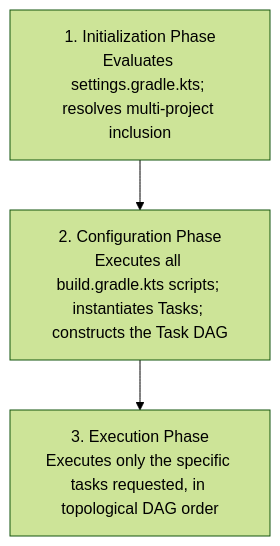
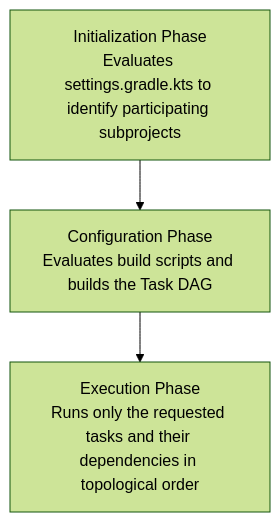
Before and after one commit to ravishankar2463/java_hub: the third of 5 diagrams in content/roadmap/level-8/build-tools.md, drawn with Mermaid (forest theme). The commit also changed other lines of this file and 119 other files, not shown here.

Commit message:
feat: add comprehensive java learning roadmap content across multiple levels

````diff
--- a/content/roadmap/level-8/build-tools.md
+++ b/content/roadmap/level-8/build-tools.md
@@ -102,6 +193,8 @@
 ```mermaid
 flowchart TD
-    Phase1["1. Initialization Phase<br/>Evaluates settings.gradle.kts; resolves multi-project inclusion"] --> Phase2
-    Phase2["2. Configuration Phase<br/>Executes all build.gradle.kts scripts; instantiates Tasks; constructs the Task DAG"] --> Phase3
-    Phase3["3. Execution Phase<br/>Executes only the specific tasks requested, in topological DAG order"]
+    Init["Initialization Phase<br/>Evaluates settings.gradle.kts to identify participating subprojects"]
+    Config["Configuration Phase<br/>Evaluates build scripts and builds the Task DAG"]
+    Exec["Execution Phase<br/>Runs only the requested tasks and their dependencies in topological order"]
+
+    Init --> Config --> Exec
 ```
````
